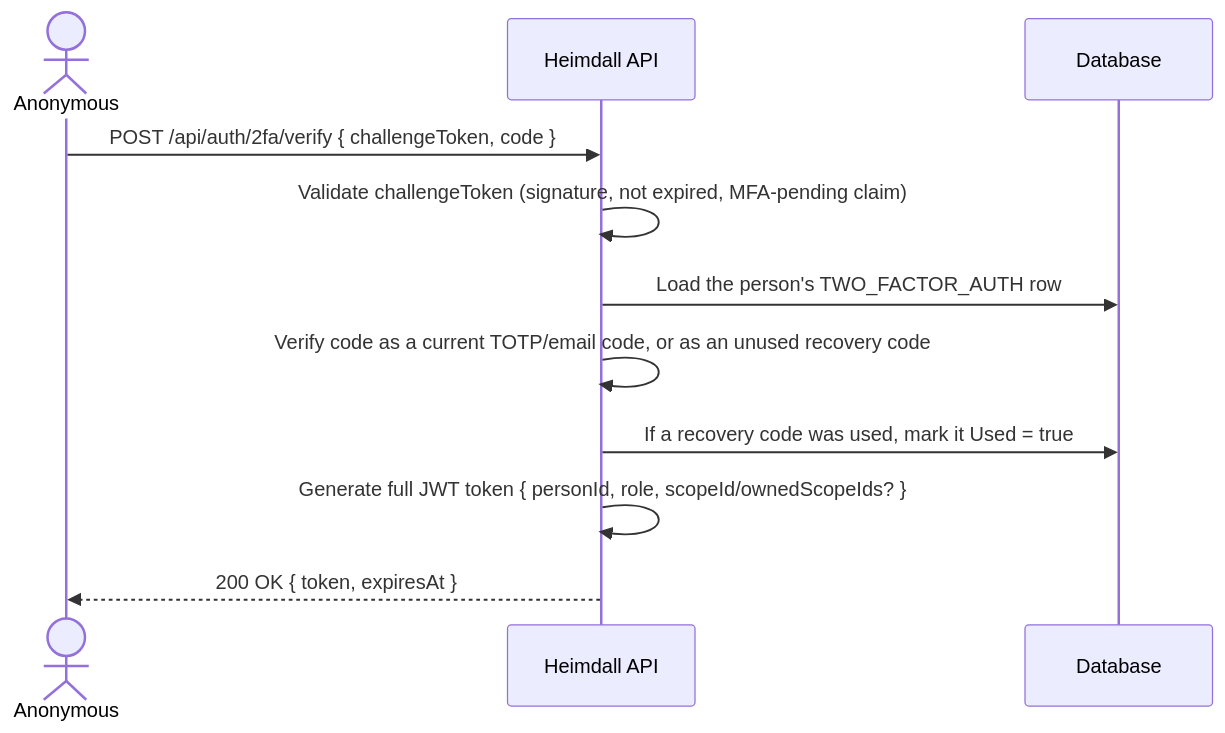
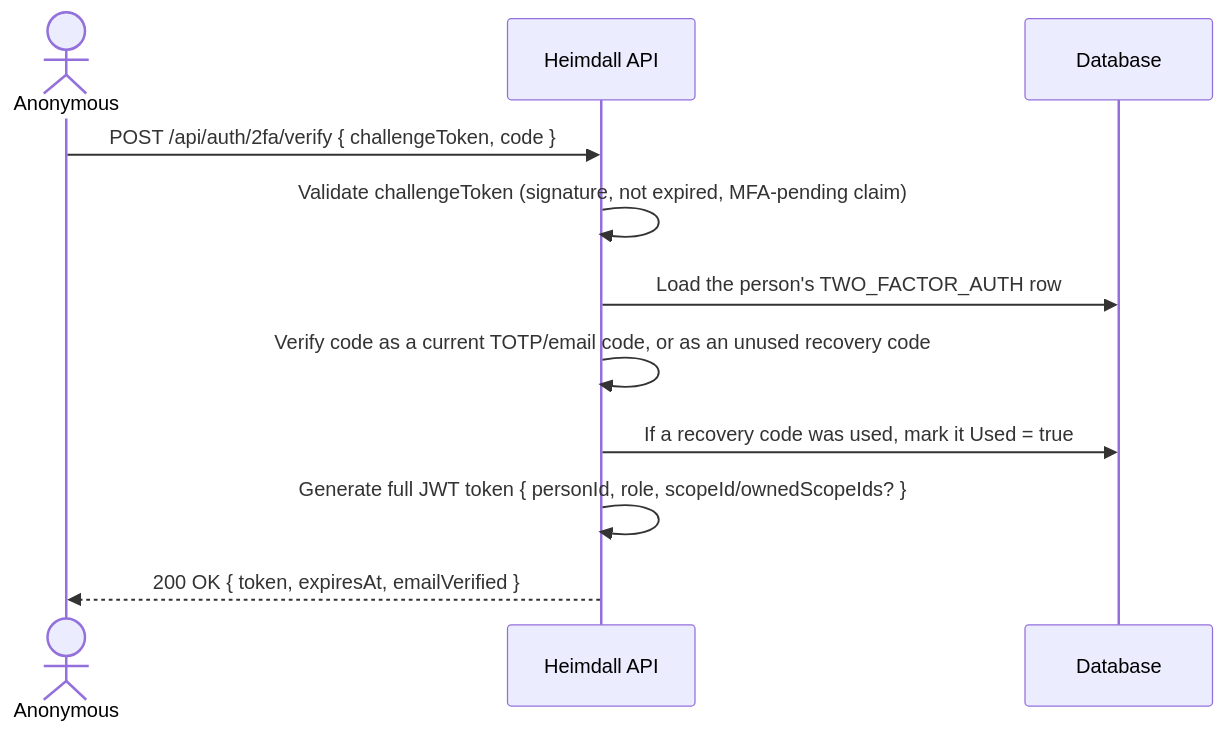
Before and after one commit to artur-rios/heimdall-api: diagram 18 of 26 in docs/requirements/Use Case Specification Document.md, drawn with Mermaid. The commit also changed other lines of this file and 6 other files, not shown here.

````diff
--- a/docs/requirements/Use Case Specification Document.md
+++ b/docs/requirements/Use Case Specification Document.md
@@ -1658,14 +1659,14 @@
 ```mermaid
 sequenceDiagram
     actor U as Anonymous
     participant API as Heimdall API
     participant DB as Database
 
     U->>API: POST /api/auth/2fa/verify { challengeToken, code }
     API->>API: Validate challengeToken (signature, not expired, MFA-pending claim)
     API->>DB: Load the person's TWO_FACTOR_AUTH row
     API->>API: Verify code as a current TOTP/email code, or as an unused recovery code
     API->>DB: If a recovery code was used, mark it Used = true
     API->>API: Generate full JWT token { personId, role, scopeId/ownedScopeIds? }
-    API-->>U: 200 OK { token, expiresAt }
+    API-->>U: 200 OK { token, expiresAt, emailVerified }
 ```
````
